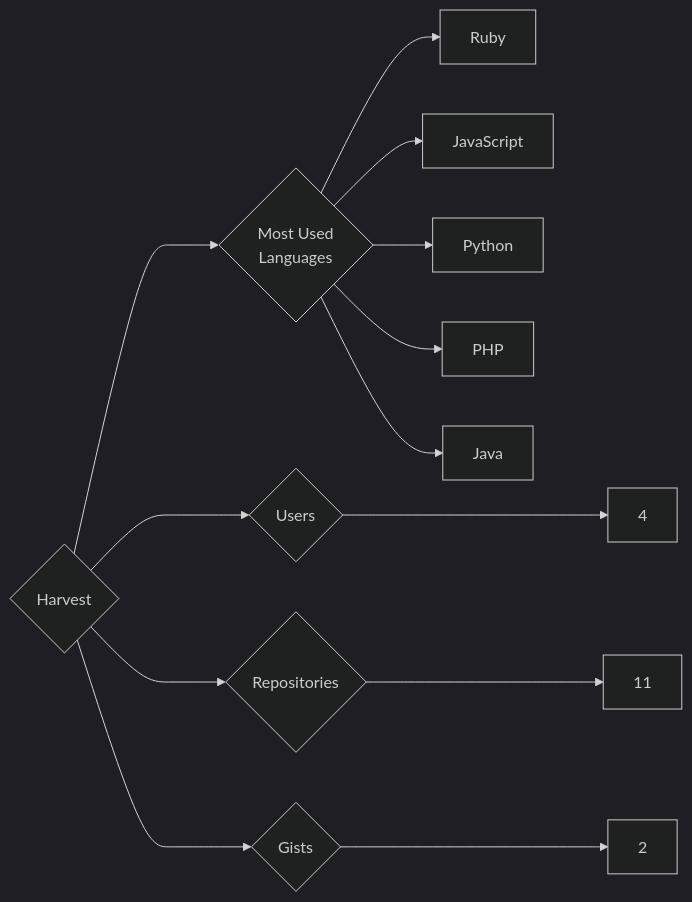
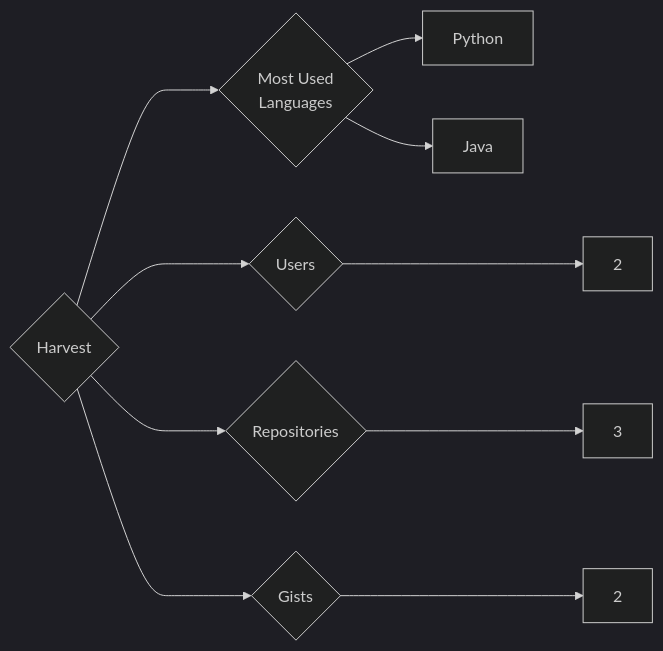
Before and after one commit to trickest/insiders: the diagram in targets/Harvest/README.md, drawn with Mermaid (dark theme). The commit also changed 935 other files, not shown here.

````diff
--- a/targets/Harvest/README.md
+++ b/targets/Harvest/README.md
@@ -3,13 +3,10 @@
 ```mermaid
 graph LR
 COMPANY_NAME{Harvest}
-COMPANY_NAME ---> U{Users} ---> UN[4]
-COMPANY_NAME ---> R{Repositories} ---> RN[11]
+COMPANY_NAME ---> U{Users} ---> UN[2]
+COMPANY_NAME ---> R{Repositories} ---> RN[3]
 COMPANY_NAME ---> G{Gists} ---> GN[2]
 COMPANY_NAME ---> ML{Most Used<br>Languages}
-ML --> Ruby[Ruby]
-ML --> JavaScript[JavaScript]
 ML --> Python[Python]
-ML --> PHP[PHP]
 ML --> Java[Java]
 ```
````
